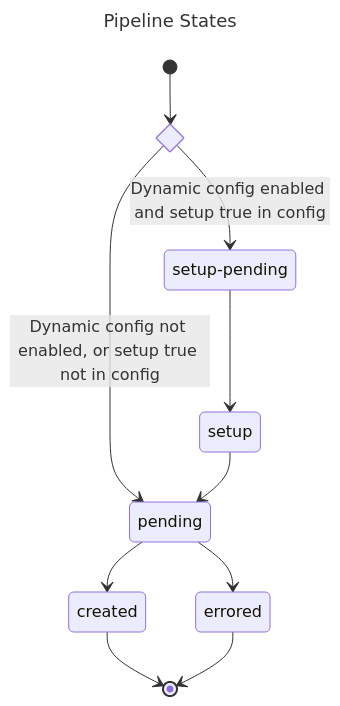
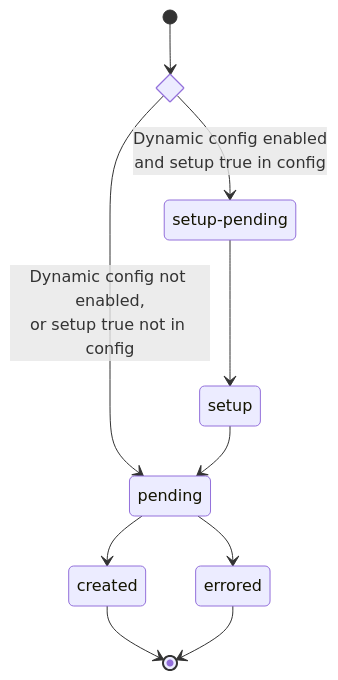
One commit to circleci/circleci-docs changed the diagram in docs/guides/modules/orchestrate/pages/pipelines.adoc. Above: the diagram before and after it, drawn with Mermaid. The commit also changed other lines of this file and 3 other files, not shown here.

Commit message:
add state diagrams and try to avoid cursor from changing to zoom

```diff
--- a/docs/guides/modules/orchestrate/pages/pipelines.adoc
+++ b/docs/guides/modules/orchestrate/pages/pipelines.adoc
@@ -119,22 +120,19 @@
 [mermaid]
 ----
----
-title: Pipeline States
----
 stateDiagram-v2
     state "setup-pending" as setuppending
 
     state type <<choice>>
 
     [*] --> type
-    type --> setuppending : Dynamic config enabled and setup true in config
-    type --> pending : Dynamic config not enabled, or setup true not in config
+    type --> setuppending : Dynamic config enabled<br/>and setup true in config
+    type --> pending : Dynamic config not enabled,<br/>or setup true not in config
 
     setuppending --> setup
     setup --> pending
     pending --> created
     pending --> errored
     created --> [*]
     errored --> [*]
 
 ----
```
